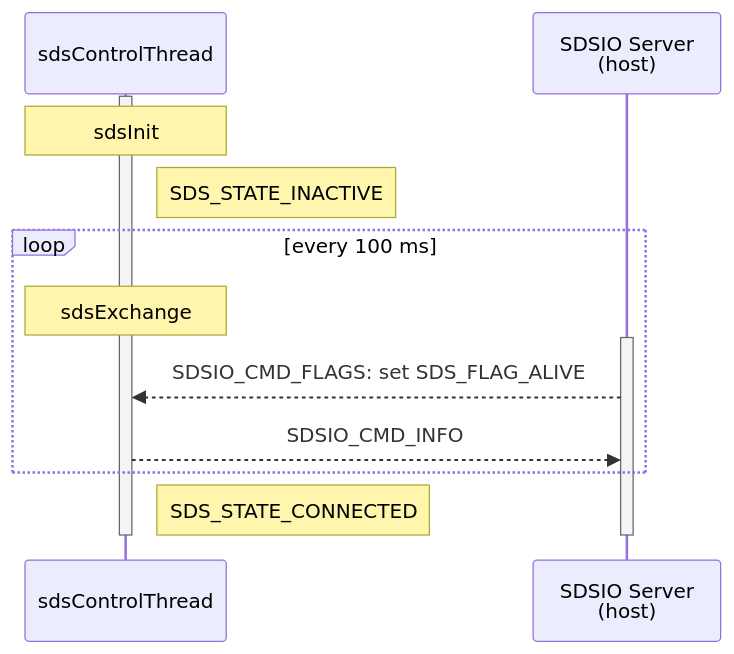
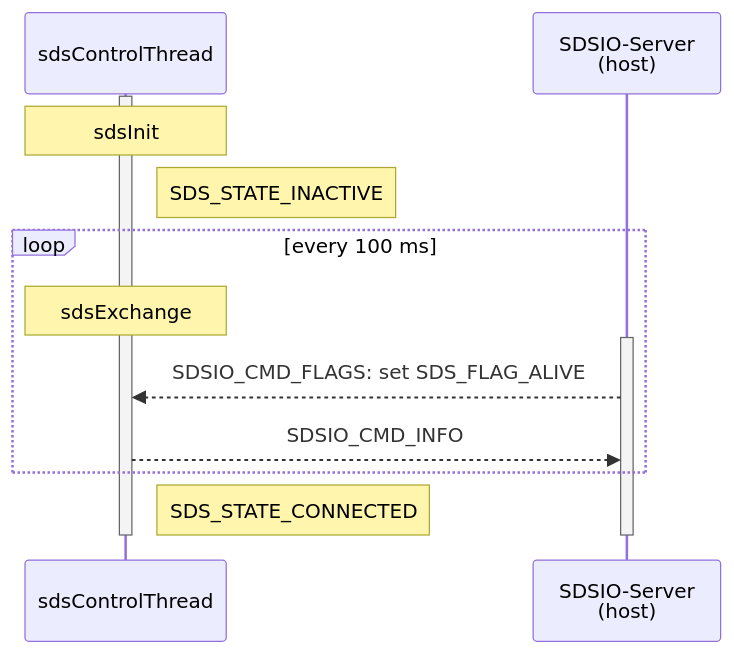
The second of 5 diagrams in documentation/theory.md (ARM-software/SDS-Framework), drawn with Mermaid before and after one commit. The commit also changed other lines of this file and 16 other files, not shown here.

Commit message:
Documentation: Normalize naming conventions (SDSIO-Server, filename)

````diff
--- a/documentation/theory.md
+++ b/documentation/theory.md
@@ -558,19 +558,19 @@
 ```mermaid
 sequenceDiagram
     participant sdsControlThread
     activate sdsControlThread
 
-    participant Server as SDSIO Server<br/>(host)
+    participant Server as SDSIO-Server<br/>(host)
 
     Note over sdsControlThread: sdsInit
     Note right of sdsControlThread: SDS_STATE_INACTIVE 
     loop every 100 ms
       Note over sdsControlThread: sdsExchange
       activate Server
       Server-->>sdsControlThread: SDSIO_CMD_FLAGS: set SDS_FLAG_ALIVE
       sdsControlThread-->>Server: SDSIO_CMD_INFO
     end
     Note right of sdsControlThread: SDS_STATE_CONNECTED 
     deactivate sdsControlThread
     deactivate Server
 ```
````
